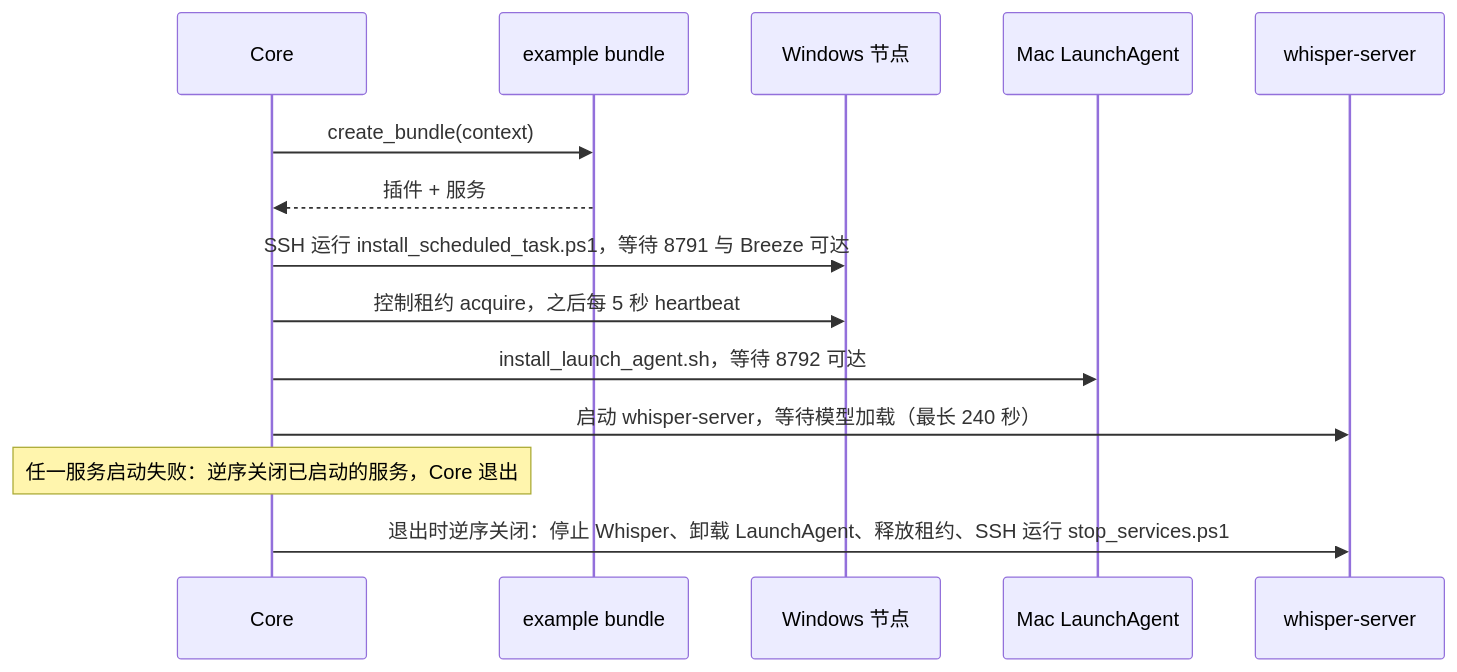
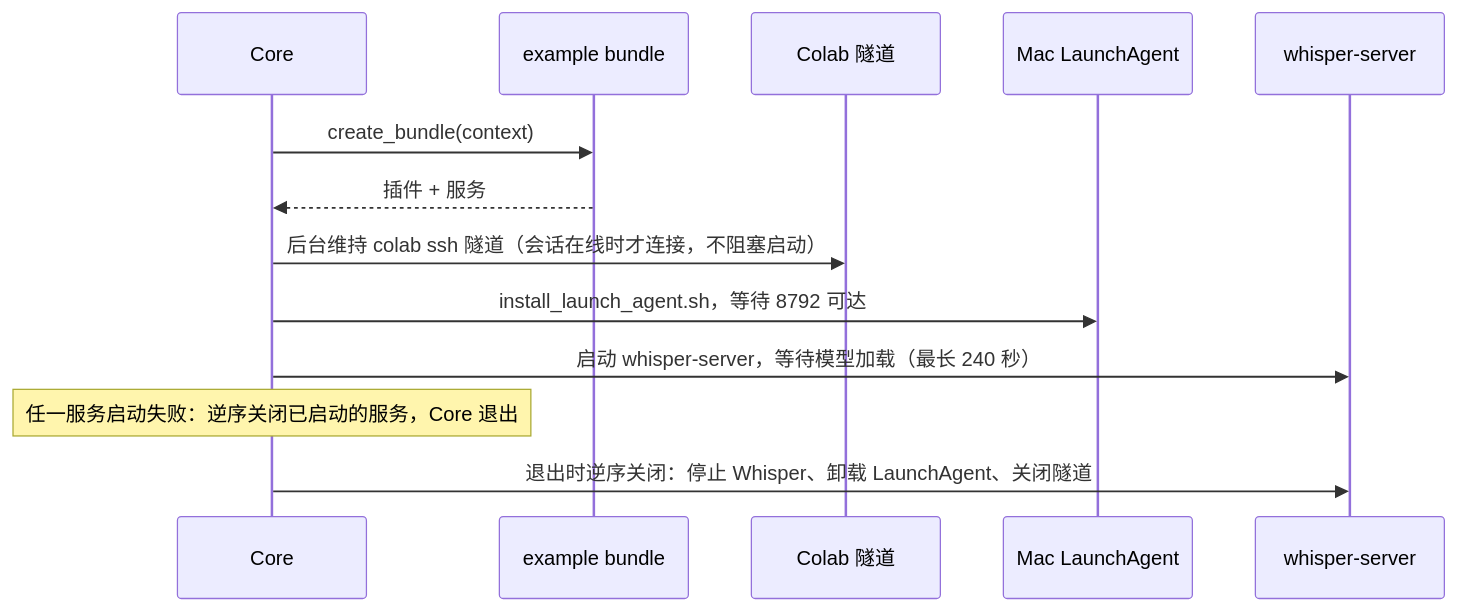
The second of 2 diagrams in README.md (Slatehand/slatehand-providers-example), drawn with Mermaid before and after one commit. The commit also changed other lines of this file and 31 other files, not shown here.

First line of the commit message:
Breeze 接入 Colab，GPU 节点改由脚本手动启停，Colab 两段式缓存

````diff
--- a/README.md
+++ b/README.md
@@ -85,16 +91,15 @@
 ```mermaid
 sequenceDiagram
     participant C as Core
     participant B as example bundle
-    participant W as Windows 节点
+    participant T as Colab 隧道
     participant M as Mac LaunchAgent
     participant A as whisper-server
     C->>B: create_bundle(context)
     B-->>C: 插件 + 服务
-    C->>W: SSH 运行 install_scheduled_task.ps1，等待 8791 与 Breeze 可达
-    C->>W: 控制租约 acquire，之后每 5 秒 heartbeat
+    C->>T: 后台维持 colab ssh 隧道（会话在线时才连接，不阻塞启动）
     C->>M: install_launch_agent.sh，等待 8792 可达
     C->>A: 启动 whisper-server，等待模型加载（最长 240 秒）
     Note over C: 任一服务启动失败：逆序关闭已启动的服务，Core 退出
-    C->>A: 退出时逆序关闭：停止 Whisper、卸载 LaunchAgent、释放租约、SSH 运行 stop_services.ps1
+    C->>A: 退出时逆序关闭：停止 Whisper、卸载 LaunchAgent、关闭隧道
 ```
````
